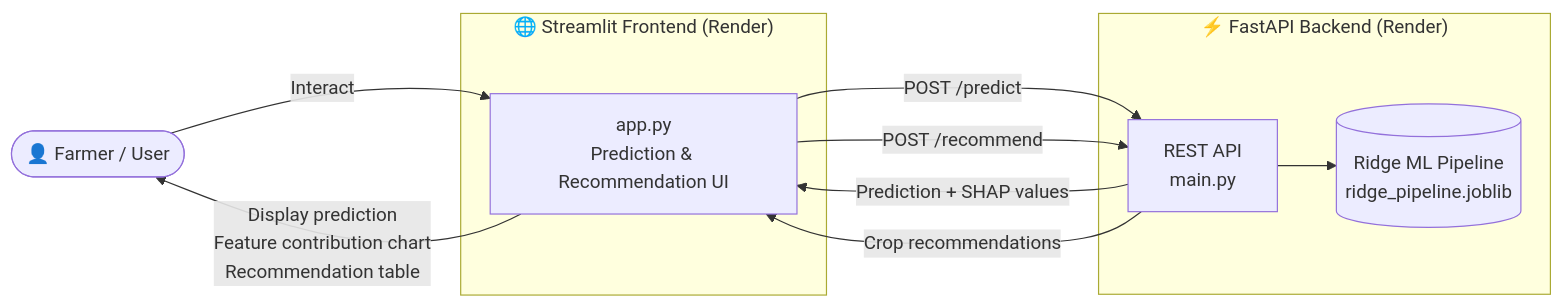
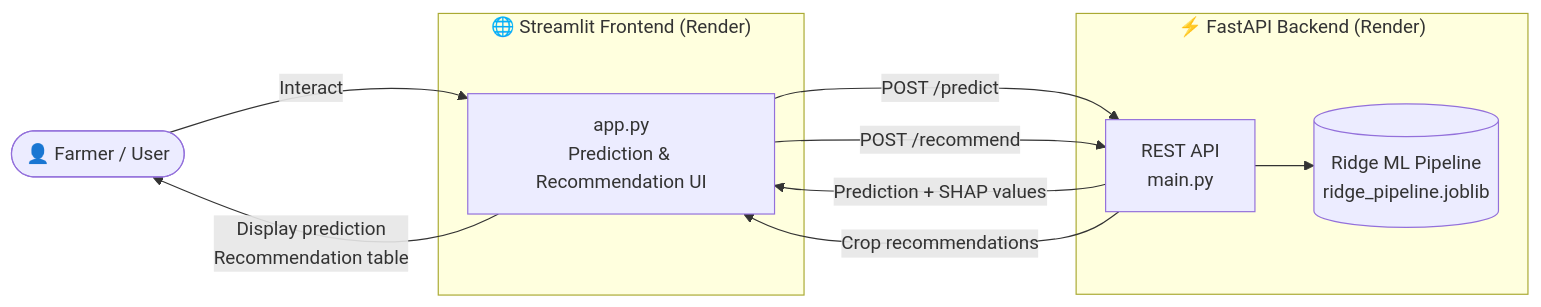
Before and after one commit to reemHasan/Agritech_Answers: the diagram in README.md, drawn with Mermaid.

Commit message:
modify2 readme mermaid diagram

````diff
--- a/README.md
+++ b/README.md
@@ -36,28 +36,28 @@
 ```mermaid
 flowchart LR
 
     %% User
     U([👤 Farmer / User])
 
     %% Frontend
     subgraph FE["🌐 Streamlit Frontend (Render)"]
         APP["app.py<br/>Prediction & Recommendation UI"]
     end
 
     %% Backend
     subgraph BE["⚡ FastAPI Backend (Render)"]
         API["REST API<br/>main.py"]
         MODEL[("Ridge ML Pipeline<br/>ridge_pipeline.joblib")]
         API --> MODEL
     end
 
     %% Flow
     U -->|Interact| APP
     APP -->|POST /predict| API
+    API -->|Prediction + SHAP values| APP
+
     APP -->|POST /recommend| API
-
-    API -->|Prediction + SHAP values| APP
     API -->|Crop recommendations| APP
 
-    APP -->|Display prediction<br/>Feature contribution chart<br/>Recommendation table| U
+    APP -->|Display prediction<br/>Recommendation table| U
 ```
````
